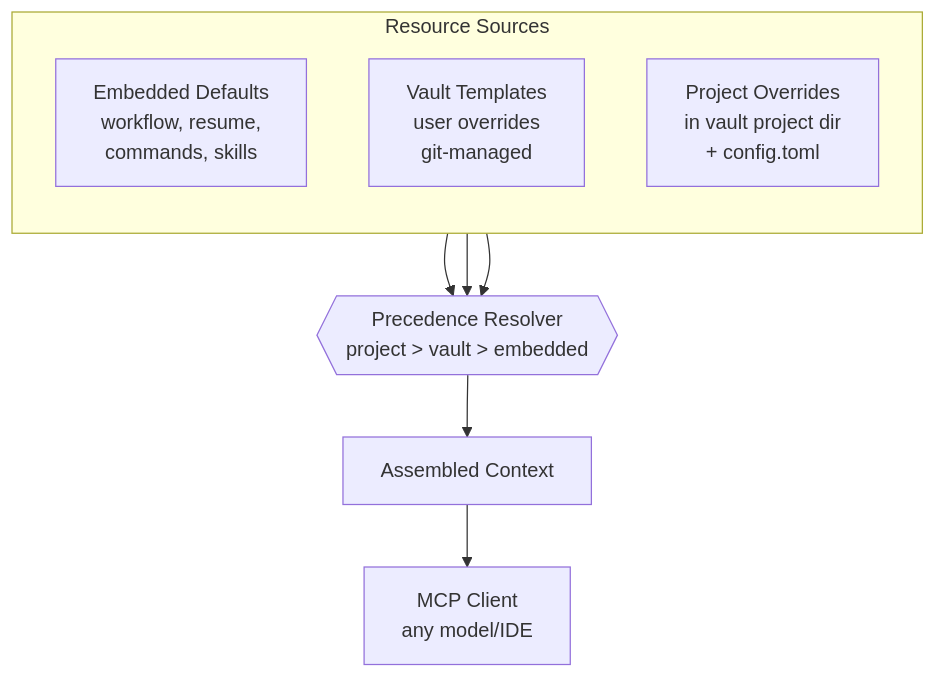
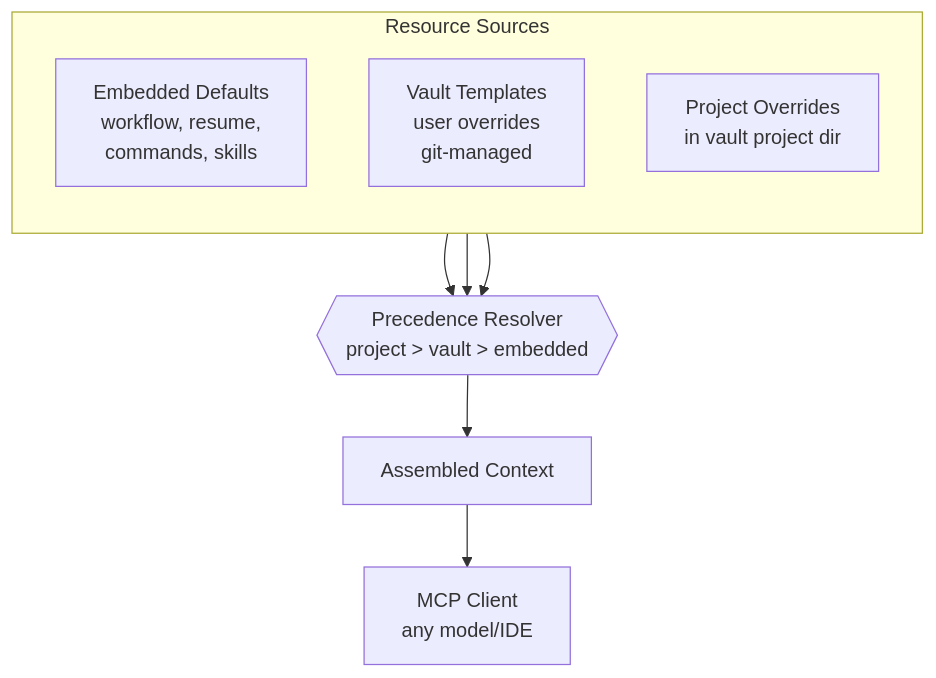
One commit to suykerbuyk/vibe-palace changed the sixth of 12 diagrams in doc/PRD-vibe-palace.md. Above: the diagram before and after it, drawn with Mermaid. The commit also changed other lines of this file and 32 other files, not shown here.

````diff
--- a/doc/PRD-vibe-palace.md
+++ b/doc/PRD-vibe-palace.md
@@ -503,17 +551,17 @@
 ```mermaid
 flowchart TD
     subgraph Sources ["Resource Sources"]
         direction TB
         E["Embedded Defaults<br/>workflow, resume,<br/>commands, skills"]
         V["Vault Templates<br/>user overrides<br/>git-managed"]
-        P["Project Overrides<br/>in vault project dir<br/>+ config.toml"]
+        P["Project Overrides<br/>in vault project dir"]
     end
 
     E --> PR
     V --> PR
     P --> PR
 
     PR{{"Precedence Resolver<br/>project > vault > embedded"}}
     PR --> CTX["Assembled Context"]
     CTX --> MCP["MCP Client<br/>any model/IDE"]
 ```
````
